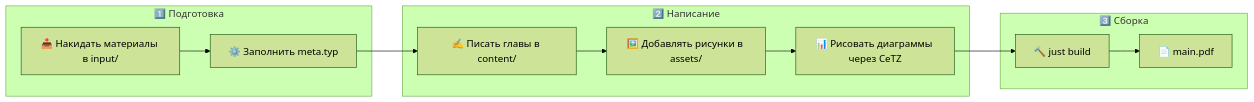
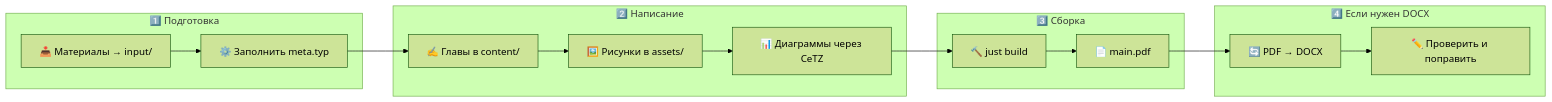
The second of 2 diagrams in README.md (vladdd183/CourseWork_MIREA), drawn with Mermaid (forest theme) before and after one commit. The commit also changed other lines of this file, not shown here.

````diff
--- a/README.md
+++ b/README.md
@@ -460,25 +579,25 @@
 ```mermaid
 graph LR
     subgraph prep ["1️⃣ Подготовка"]
-        A["📥 Накидать материалы в input/"]
+        A["📥 Материалы → input/"]
         B["⚙️ Заполнить meta.typ"]
     end
 
     subgraph write ["2️⃣ Написание"]
-        C["✍️ Писать главы в content/"]
-        D["🖼️ Добавлять рисунки в assets/"]
-        E["📊 Рисовать диаграммы через CeTZ"]
+        C["✍️ Главы в content/"]
+        D["🖼️ Рисунки в assets/"]
+        E["📊 Диаграммы через CeTZ"]
     end
 
     subgraph build_stage ["3️⃣ Сборка"]
         F["🔨 just build"]
         G["📄 main.pdf"]
     end
 
-    A --> B
-    B --> C
-    C --> D
-    D --> E
-    E --> F
-    F --> G
+    subgraph convert ["4️⃣ Если нужен DOCX"]
+        H["🔄 PDF → DOCX"]
+        I["✏️ Проверить и поправить"]
+    end
+
+    A --> B --> C --> D --> E --> F --> G --> H --> I
 ```
````
